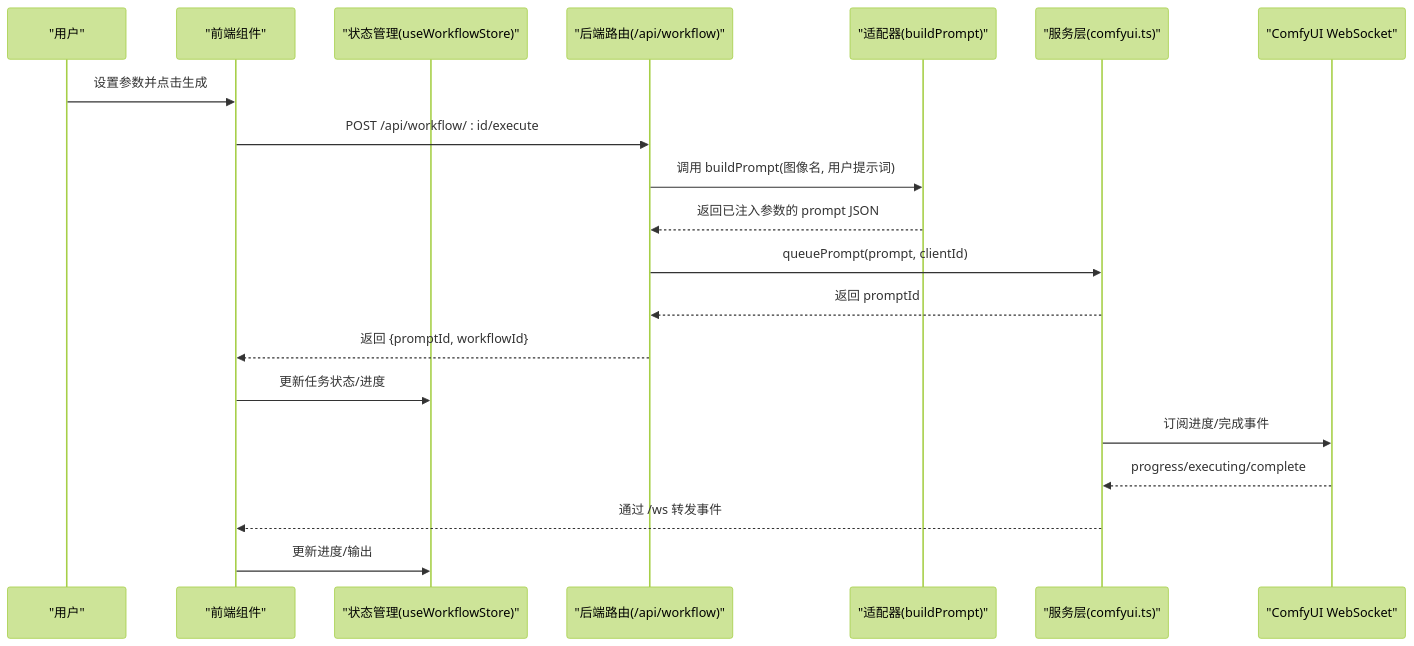
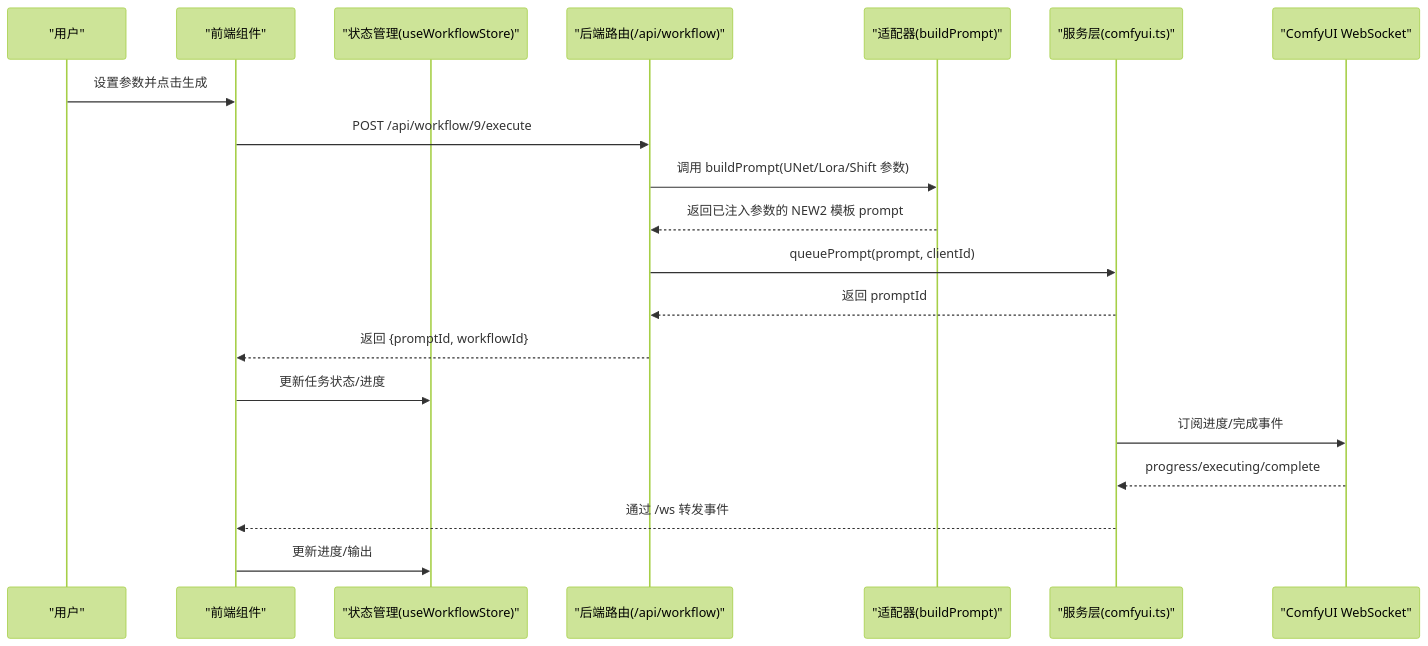
The second of 4 diagrams in .qoder/repowiki/zh/content/工作流系统/工作流模板管理.md (billye220670/CorineKit_Pix2Real), drawn with Mermaid (forest theme) before and after one commit. The commit also changed other lines of this file and 21 other files, not shown here.

````diff
--- a/.qoder/repowiki/zh/content/工作流系统/工作流模板管理.md
+++ b/.qoder/repowiki/zh/content/工作流系统/工作流模板管理.md
@@ -108,22 +118,22 @@
 ```mermaid
 sequenceDiagram
 participant U as "用户"
 participant FE as "前端组件"
 participant ST as "状态管理(useWorkflowStore)"
 participant BE as "后端路由(/api/workflow)"
 participant AD as "适配器(buildPrompt)"
 participant SV as "服务层(comfyui.ts)"
 participant CW as "ComfyUI WebSocket"
 U->>FE : 设置参数并点击生成
-FE->>BE : POST /api/workflow/ : id/execute
-BE->>AD : 调用 buildPrompt(图像名, 用户提示词)
-AD-->>BE : 返回已注入参数的 prompt JSON
+FE->>BE : POST /api/workflow/9/execute
+BE->>AD : 调用 buildPrompt(UNet/Lora/Shift 参数)
+AD-->>BE : 返回已注入参数的 NEW2 模板 prompt
 BE->>SV : queuePrompt(prompt, clientId)
 SV-->>BE : 返回 promptId
 BE-->>FE : 返回 {promptId, workflowId}
 FE->>ST : 更新任务状态/进度
 SV->>CW : 订阅进度/完成事件
 CW-->>SV : progress/executing/complete
 SV-->>FE : 通过 /ws 转发事件
 FE->>ST : 更新进度/输出
 ```
````
